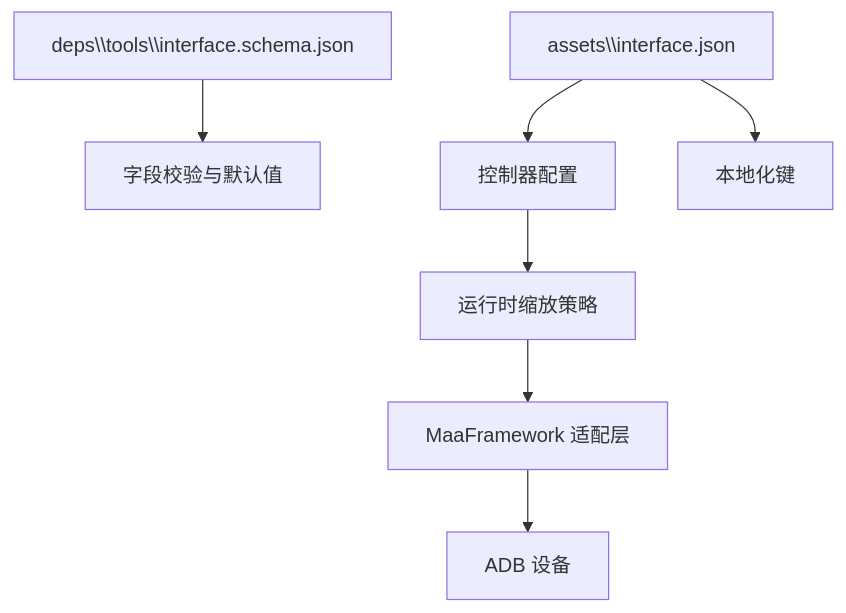
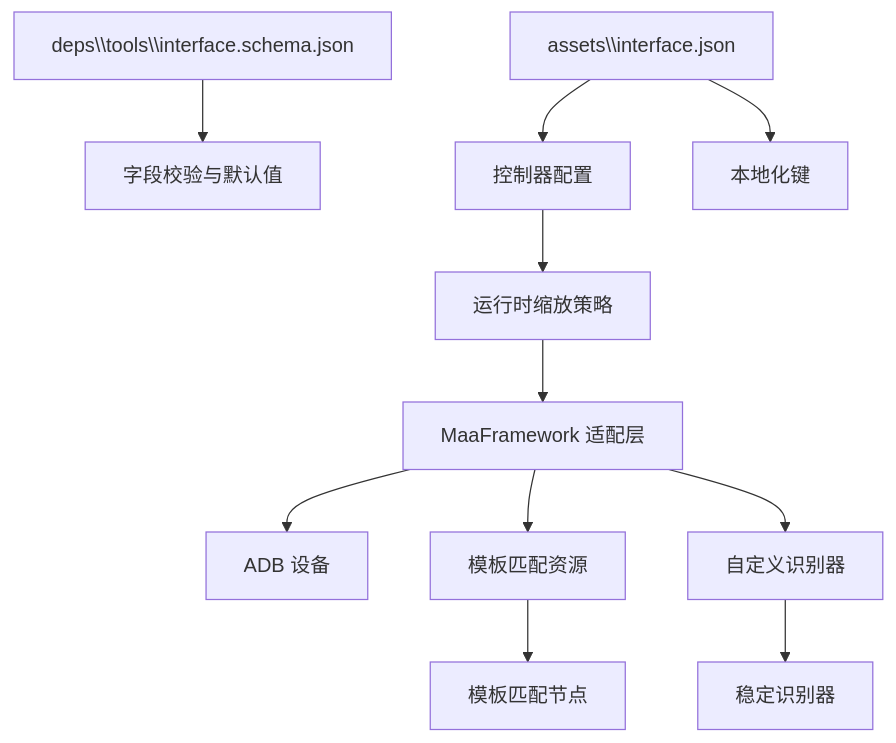
Before and after one commit to kqcoxn/MaaDuDuL: the tenth of 11 diagrams in .qoder/repowiki/zh/content/系统架构与设计/配置体系与资源管理/界面接口配置/控制器配置/Adb控制器配置.md, drawn with Mermaid. The commit also changed other lines of this file and 9 other files, not shown here.

````diff
--- a/.qoder/repowiki/zh/content/系统架构与设计/配置体系与资源管理/界面接口配置/控制器配置/Adb控制器配置.md
+++ b/.qoder/repowiki/zh/content/系统架构与设计/配置体系与资源管理/界面接口配置/控制器配置/Adb控制器配置.md
@@ -200,9 +340,13 @@
 ```mermaid
 graph TB
 S["deps\\tools\\interface.schema.json"] --> V["字段校验与默认值"]
 I["assets\\interface.json"] --> C["控制器配置"]
 I --> L["本地化键"]
 C --> R["运行时缩放策略"]
 R --> F["MaaFramework 适配层"]
 F --> D["ADB 设备"]
+F --> T["模板匹配资源"]
+F --> U["自定义识别器"]
+T --> M["模板匹配节点"]
+U --> N["稳定识别器"]
 ```
````
